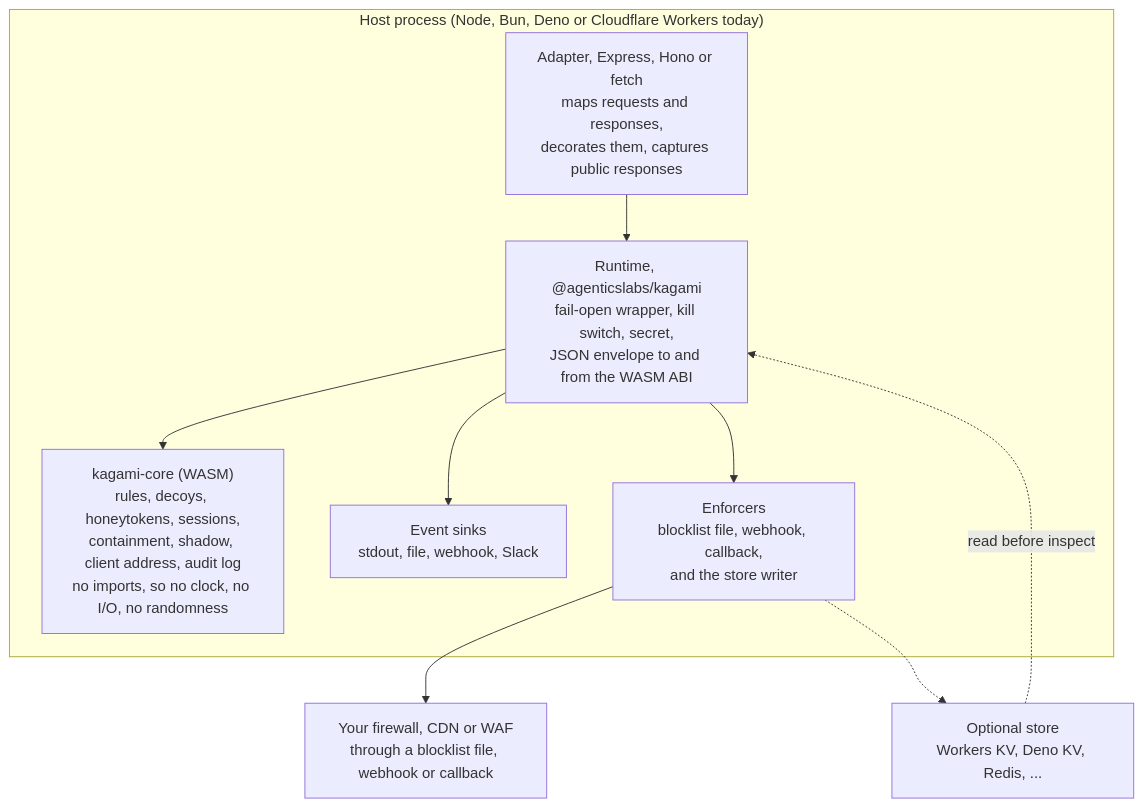
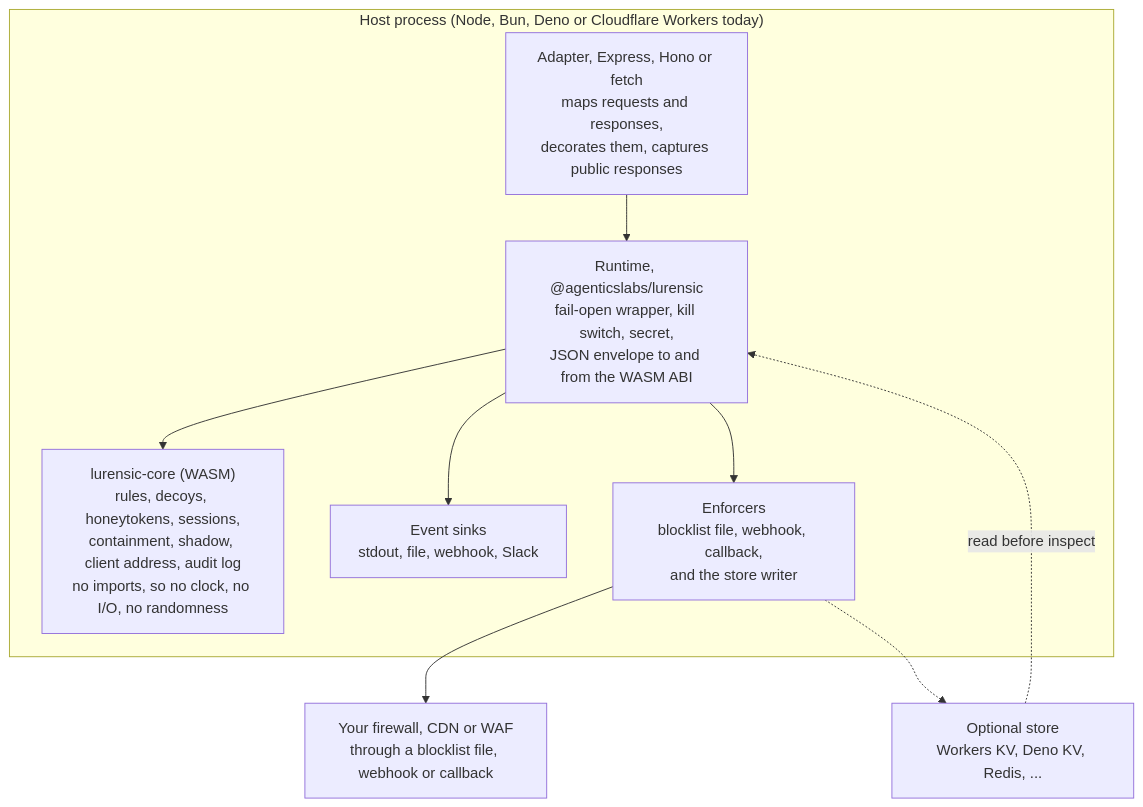
Before and after one commit to agenticslabs-xyz/lurensic: the diagram in docs/DESIGN.md, drawn with Mermaid. The commit also changed other lines of this file and 88 other files, not shown here.

First line of the commit message:
Rename Kagami to Lurensic (#8)

````diff
--- a/docs/DESIGN.md
+++ b/docs/DESIGN.md
@@ -50,16 +50,16 @@
 ```mermaid
 flowchart TB
     subgraph host["Host process (Node, Bun, Deno or Cloudflare Workers today)"]
         AD["Adapter, Express, Hono or fetch<br/>maps requests and responses,<br/>decorates them, captures public responses"]
-        RT["Runtime, @agenticslabs/kagami<br/>fail-open wrapper, kill switch, secret,<br/>JSON envelope to and from the WASM ABI"]
-        CORE["kagami-core (WASM)<br/>rules, decoys, honeytokens, sessions,<br/>containment, shadow, client address, audit log<br/>no imports, so no clock, no I/O, no randomness"]
+        RT["Runtime, @agenticslabs/lurensic<br/>fail-open wrapper, kill switch, secret,<br/>JSON envelope to and from the WASM ABI"]
+        CORE["lurensic-core (WASM)<br/>rules, decoys, honeytokens, sessions,<br/>containment, shadow, client address, audit log<br/>no imports, so no clock, no I/O, no randomness"]
         SINKS["Event sinks<br/>stdout, file, webhook, Slack"]
         ENF["Enforcers<br/>blocklist file, webhook, callback,<br/>and the store writer"]
         AD --> RT --> CORE
         RT --> SINKS
         RT --> ENF
     end
     ENF --> FW["Your firewall, CDN or WAF<br/>through a blocklist file, webhook or callback"]
     ENF -.-> ST["Optional store<br/>Workers KV, Deno KV, Redis, ..."]
     ST -.->|"read before inspect"| RT
 ```
````
